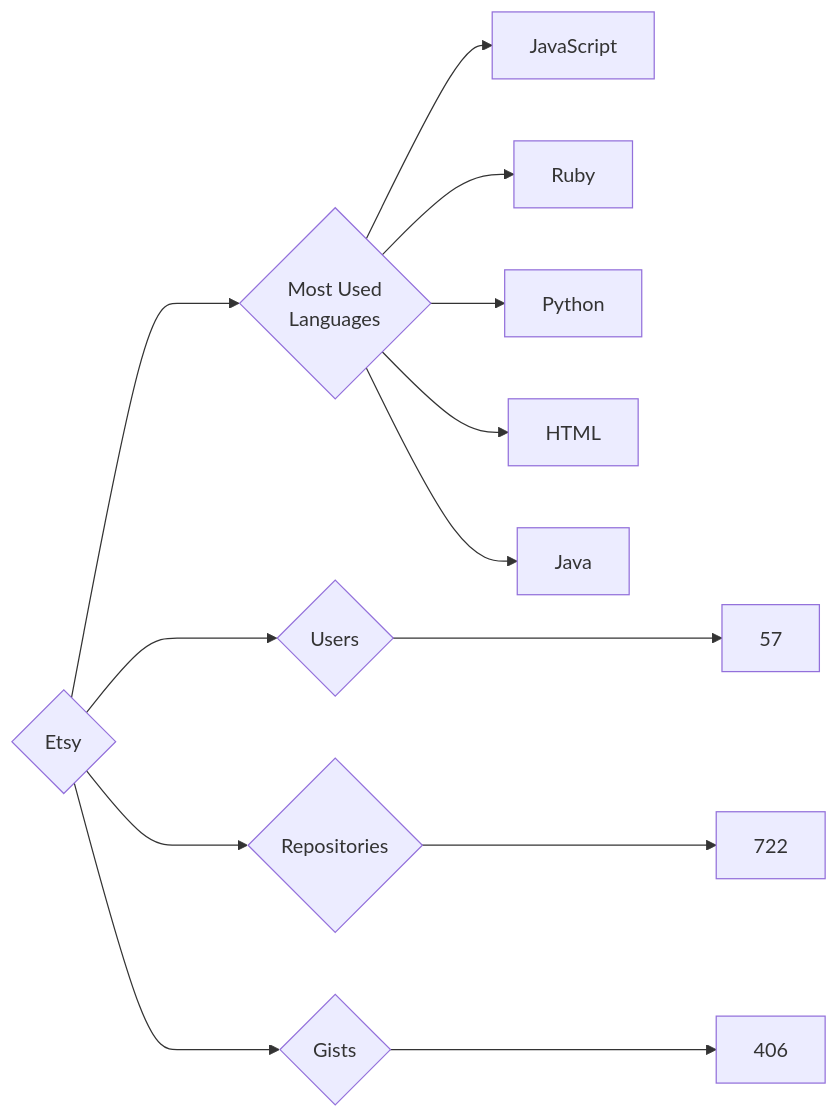
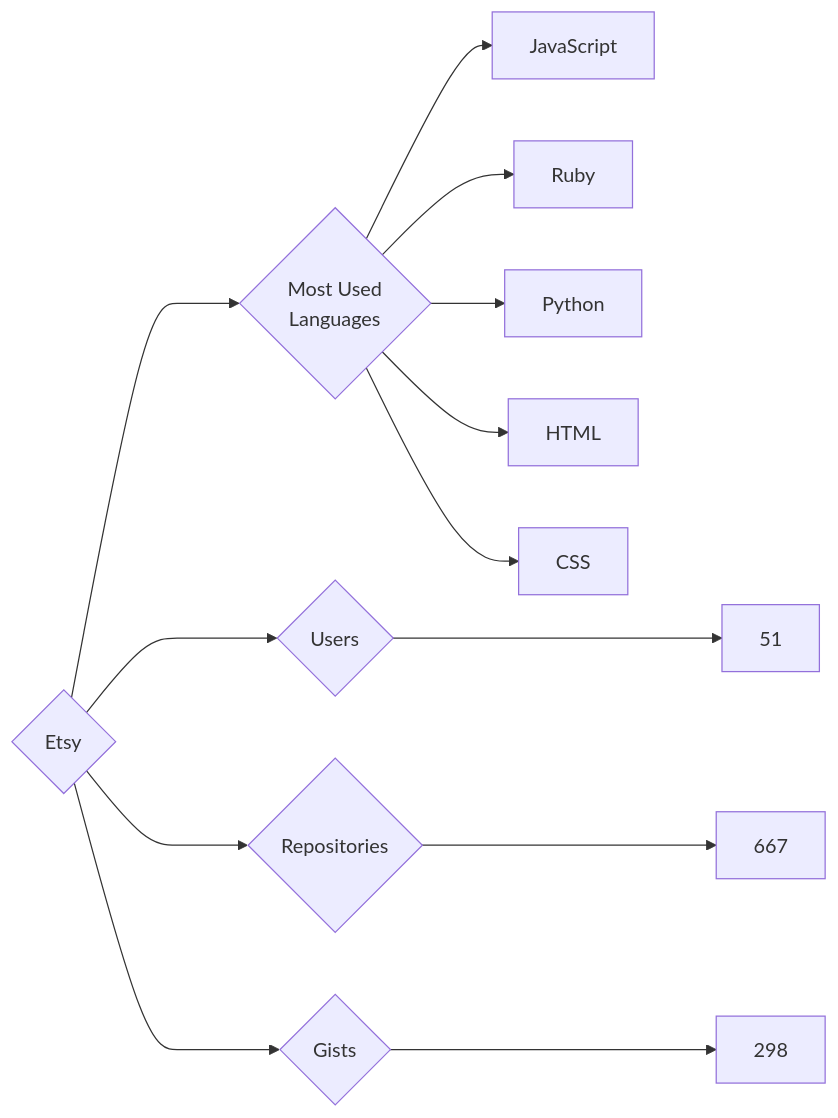
Before and after one commit to trickest/insiders: the diagram in targets/Etsy/README.md, drawn with Mermaid. The commit also changed 610 other files, not shown here.

````diff
--- a/targets/Etsy/README.md
+++ b/targets/Etsy/README.md
@@ -3,13 +3,13 @@
 ```mermaid
 graph LR
 COMPANY_NAME{Etsy}
-COMPANY_NAME ---> U{Users} ---> UN[57]
-COMPANY_NAME ---> R{Repositories} ---> RN[722]
-COMPANY_NAME ---> G{Gists} ---> GN[406]
+COMPANY_NAME ---> U{Users} ---> UN[51]
+COMPANY_NAME ---> R{Repositories} ---> RN[667]
+COMPANY_NAME ---> G{Gists} ---> GN[298]
 COMPANY_NAME ---> ML{Most Used<br>Languages}
 ML --> JavaScript[JavaScript]
 ML --> Ruby[Ruby]
 ML --> Python[Python]
 ML --> HTML[HTML]
-ML --> Java[Java]
+ML --> CSS[CSS]
 ```
````
